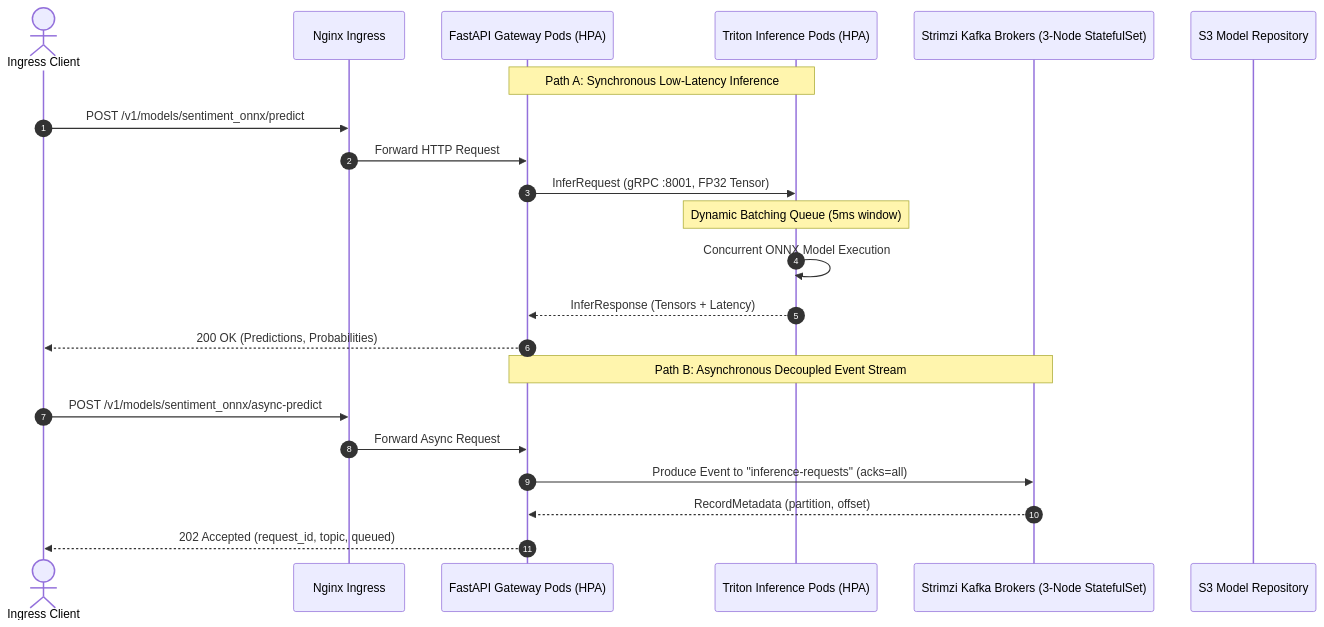
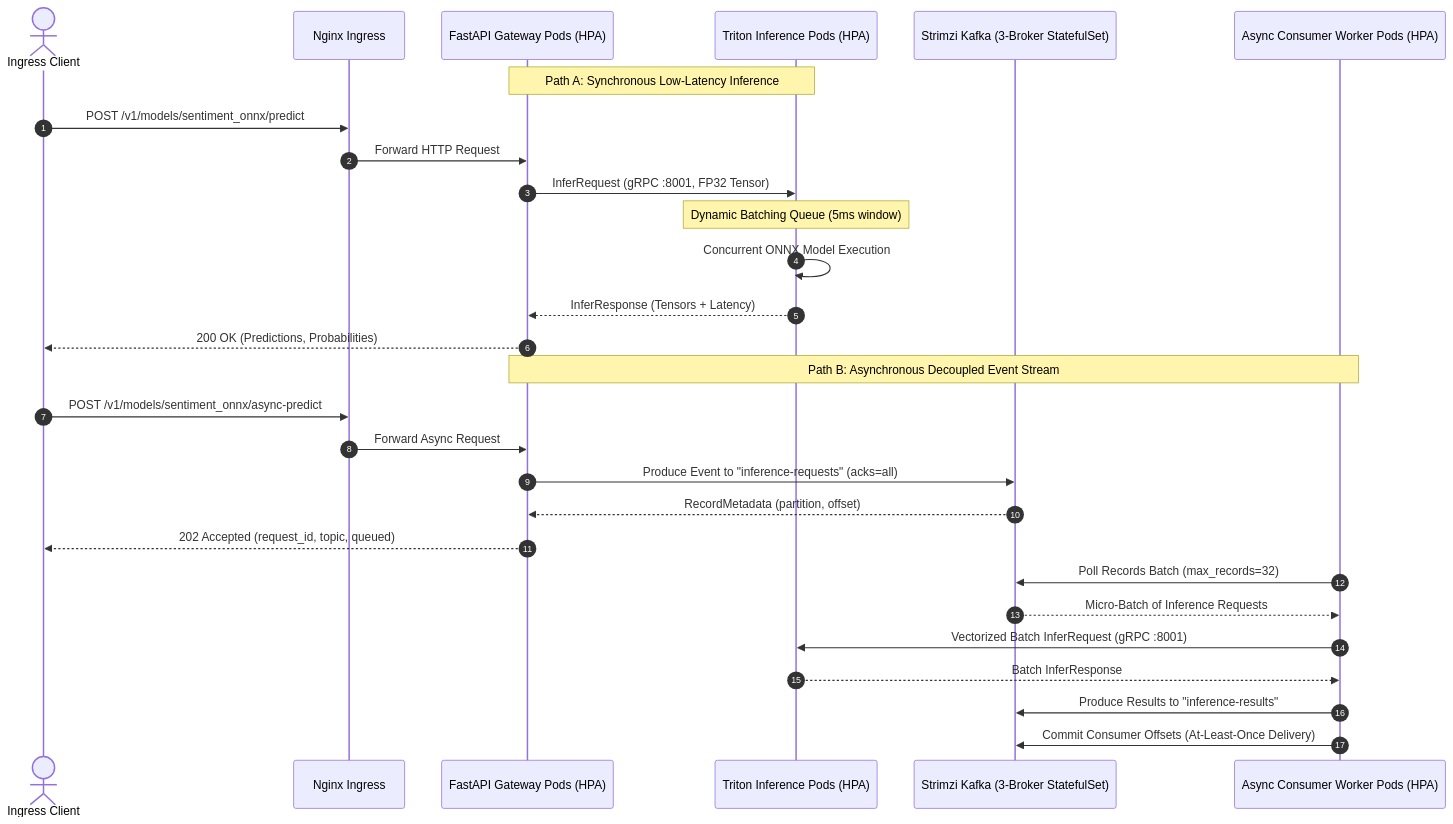
The diagram in README.md (SadeepSachintha/KubeScale-AI), drawn with Mermaid before and after one commit. The commit also changed other lines of this file and 17 other files, not shown here.

Commit message:
feat(worker): implement async Kafka consumer worker with micro-batching and Triton gRPC serving

````diff
--- a/README.md
+++ b/README.md
@@ -62,26 +62,33 @@
 ```mermaid
 sequenceDiagram
     autonumber
     actor Client as Ingress Client
     participant Ingress as Nginx Ingress
     participant Gateway as FastAPI Gateway Pods (HPA)
     participant Triton as Triton Inference Pods (HPA)
-    participant Kafka as Strimzi Kafka Brokers (3-Node StatefulSet)
-    participant S3 as S3 Model Repository
+    participant Kafka as Strimzi Kafka (3-Broker StatefulSet)
+    participant Worker as Async Consumer Worker Pods (HPA)
 
     Note over Gateway,Triton: Path A: Synchronous Low-Latency Inference
     Client->>Ingress: POST /v1/models/sentiment_onnx/predict
     Ingress->>Gateway: Forward HTTP Request
     Gateway->>Triton: InferRequest (gRPC :8001, FP32 Tensor)
     Note over Triton: Dynamic Batching Queue (5ms window)
     Triton->>Triton: Concurrent ONNX Model Execution
     Triton-->>Gateway: InferResponse (Tensors + Latency)
     Gateway-->>Client: 200 OK (Predictions, Probabilities)
 
-    Note over Gateway,Kafka: Path B: Asynchronous Decoupled Event Stream
+    Note over Gateway,Worker: Path B: Asynchronous Decoupled Event Stream
     Client->>Ingress: POST /v1/models/sentiment_onnx/async-predict
     Ingress->>Gateway: Forward Async Request
     Gateway->>Kafka: Produce Event to "inference-requests" (acks=all)
     Kafka-->>Gateway: RecordMetadata (partition, offset)
     Gateway-->>Client: 202 Accepted (request_id, topic, queued)
+
+    Worker->>Kafka: Poll Records Batch (max_records=32)
+    Kafka-->>Worker: Micro-Batch of Inference Requests
+    Worker->>Triton: Vectorized Batch InferRequest (gRPC :8001)
+    Triton-->>Worker: Batch InferResponse
+    Worker->>Kafka: Produce Results to "inference-results"
+    Worker->>Kafka: Commit Consumer Offsets (At-Least-Once Delivery)
 ```
````
